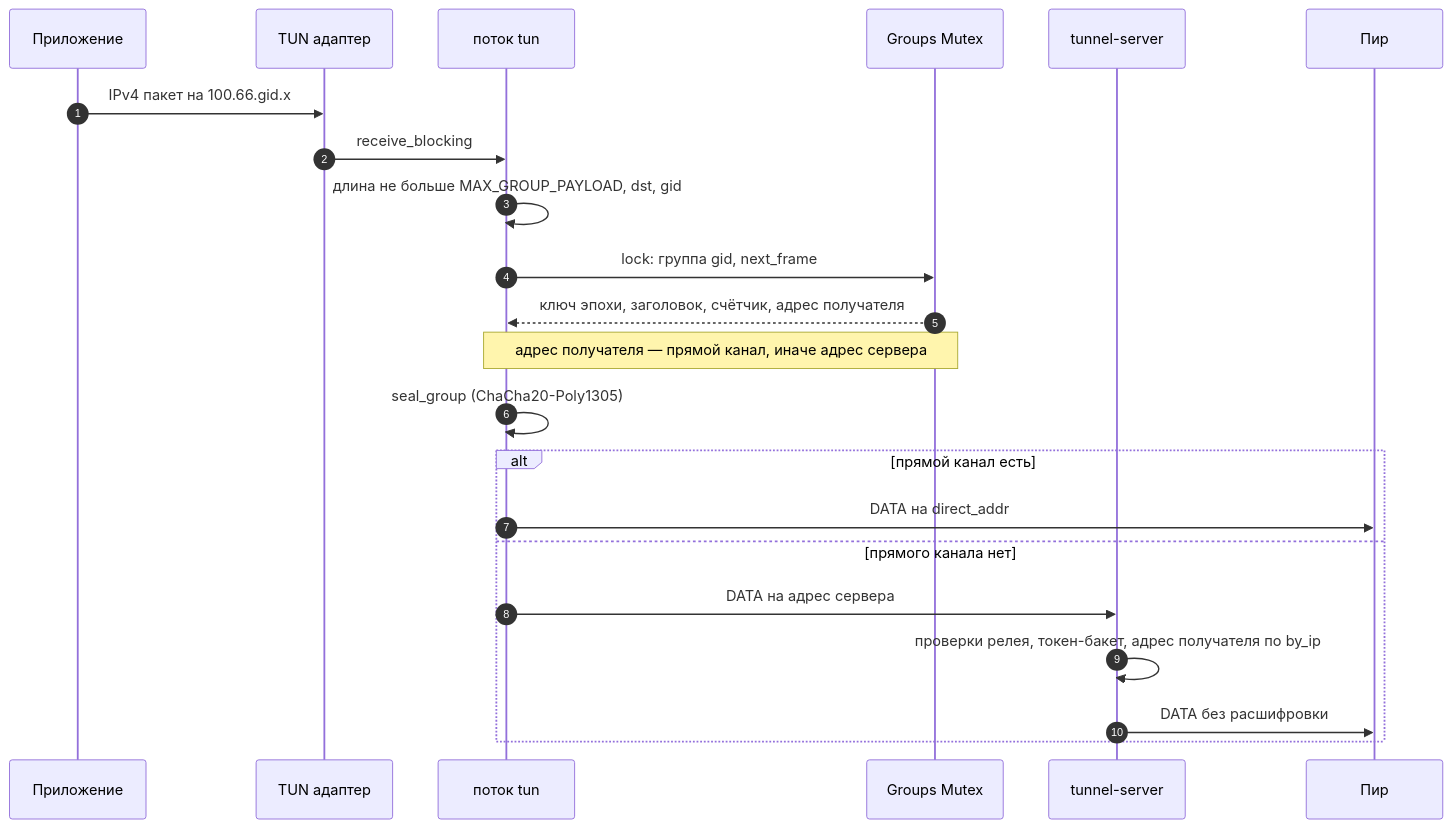
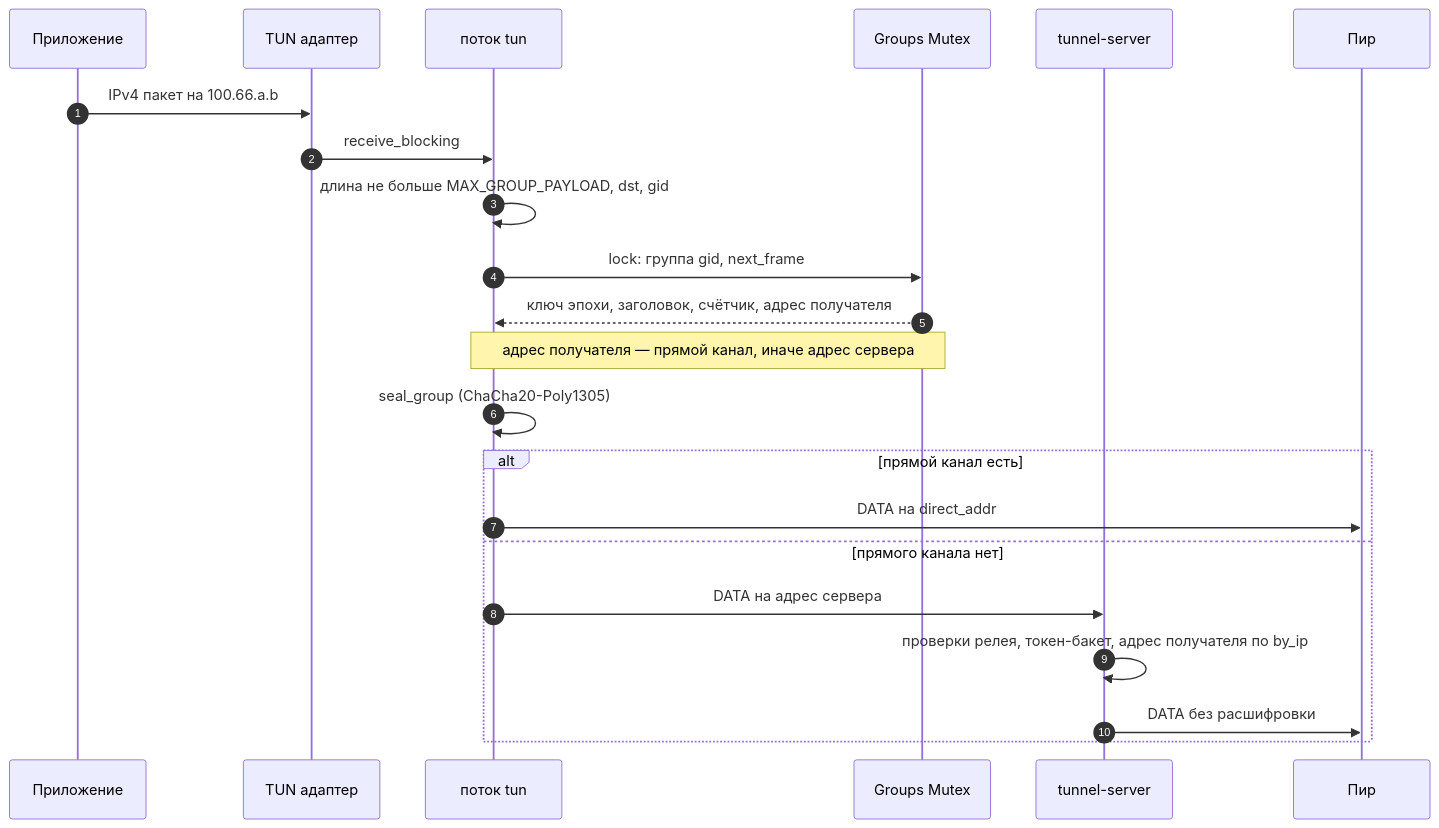
Before and after one commit to Kulmek/VoidLink2: the fifth of 7 diagrams in docs/ARCHITECTURE.md, drawn with Mermaid. The commit also changed other lines of this file and 28 other files, not shown here.

````diff
--- a/docs/ARCHITECTURE.md
+++ b/docs/ARCHITECTURE.md
@@ -320,24 +323,24 @@
 ```mermaid
 sequenceDiagram
     autonumber
     participant App as Приложение
     participant TUN as TUN адаптер
     participant T as поток tun
     participant G as Groups Mutex
     participant S as tunnel-server
     participant P as Пир
-    App->>TUN: IPv4 пакет на 100.66.gid.x
+    App->>TUN: IPv4 пакет на 100.66.a.b
     TUN->>T: receive_blocking
     T->>T: длина не больше MAX_GROUP_PAYLOAD, dst, gid
     T->>G: lock: группа gid, next_frame
     G-->>T: ключ эпохи, заголовок, счётчик, адрес получателя
     Note over T,G: адрес получателя — прямой канал, иначе адрес сервера
     T->>T: seal_group (ChaCha20-Poly1305)
     alt прямой канал есть
         T->>P: DATA на direct_addr
     else прямого канала нет
         T->>S: DATA на адрес сервера
         S->>S: проверки релея, токен-бакет, адрес получателя по by_ip
         S->>P: DATA без расшифровки
     end
 ```
````
